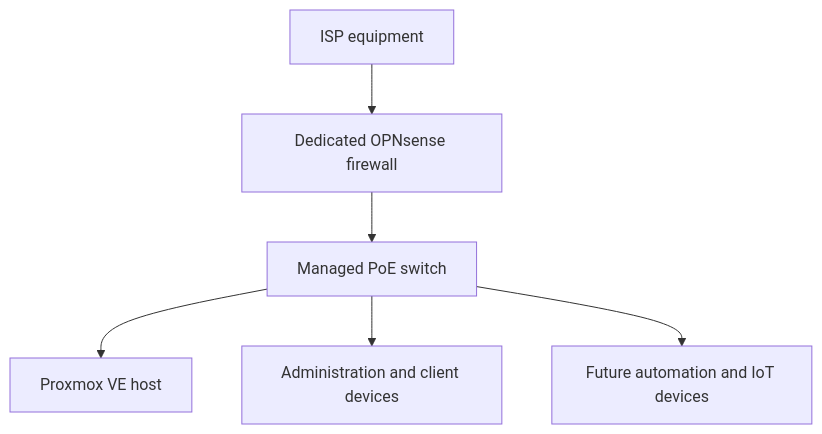
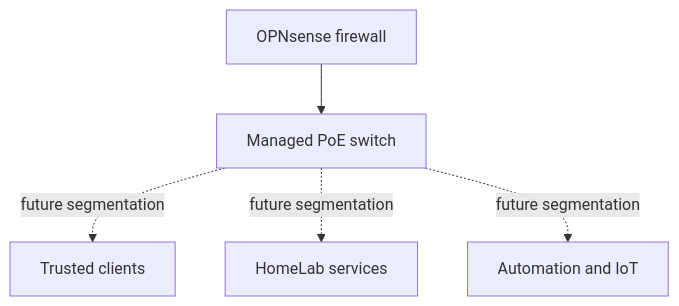
One commit to DeadPol8789/homelab changed the second of 3 diagrams in docs/architecture.md. Above: the diagram before and after it, drawn with Mermaid. The commit also changed other lines of this file and 8 other files, not shown here.

First line of the commit message:
Document operational HomeLab network foundation (#1)

````diff
--- a/docs/architecture.md
+++ b/docs/architecture.md
@@ -46,8 +43,7 @@
 ```mermaid
 flowchart TD
-    ISP["ISP equipment"] --> FW["Dedicated OPNsense firewall"]
-    FW --> SW["Managed PoE switch"]
-    SW --> PVE["Proxmox VE host"]
-    SW --> ADMIN["Administration and client devices"]
-    SW --> IOT["Future automation and IoT devices"]
+    FW["OPNsense firewall"] --> SW["Managed PoE switch"]
+    SW -. "future segmentation" .-> TRUSTED["Trusted clients"]
+    SW -. "future segmentation" .-> SERVICES["HomeLab services"]
+    SW -. "future segmentation" .-> IOT["Automation and IoT"]
 ```
````
